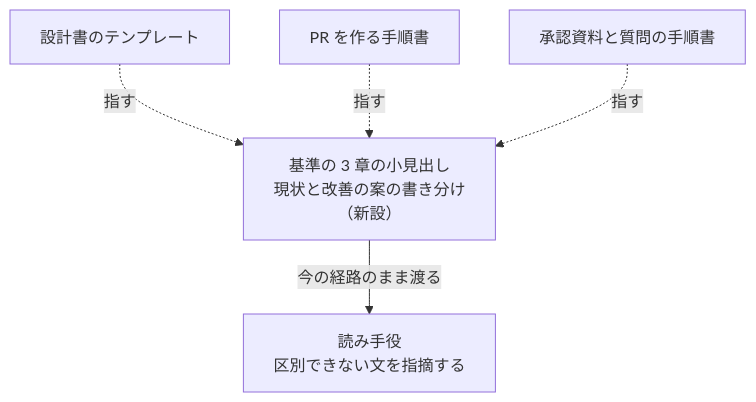
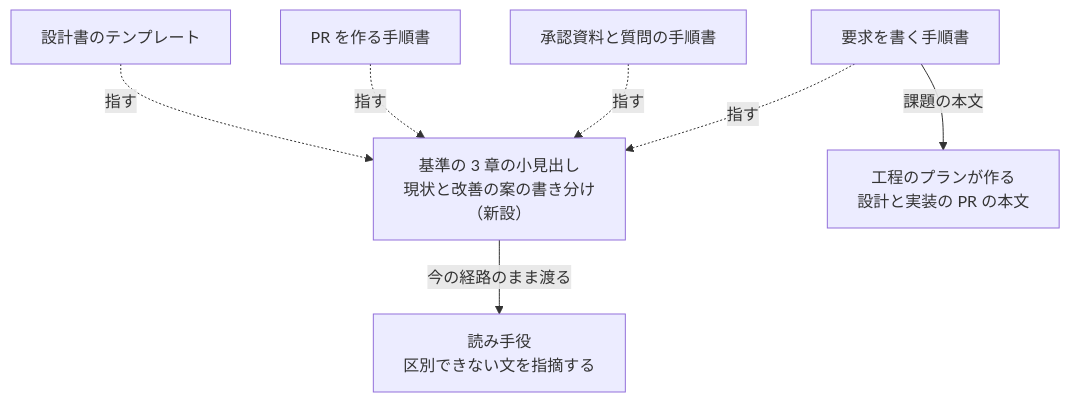
Before and after one commit to devbasex/ai-plugins: the second of 2 diagrams in issues/issue-4543-design.md, drawn with Mermaid. The commit also changed other lines of this file and 1 other file, not shown here.

````diff
--- a/issues/issue-4543-design.md
+++ b/issues/issue-4543-design.md
@@ -38,8 +39,10 @@
 ```mermaid
 graph TD
     S["基準の 3 章の小見出し<br/>現状と改善の案の書き分け<br/>（新設）"]
     T["設計書のテンプレート"] -.->|指す| S
     P["PR を作る手順書"] -.->|指す| S
     A["承認資料と質問の手順書"] -.->|指す| S
+    Q["要求を書く手順書"] -.->|指す| S
+    Q -->|課題の本文| B["工程のプランが作る<br/>設計と実装の PR の本文"]
     S -->|今の経路のまま渡る| R["読み手役<br/>区別できない文を指摘する"]
 ```
````
